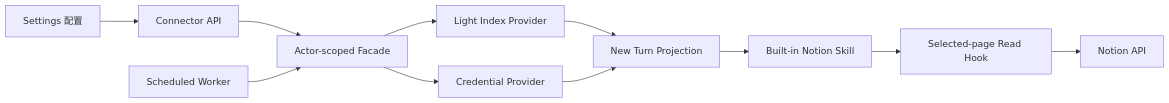
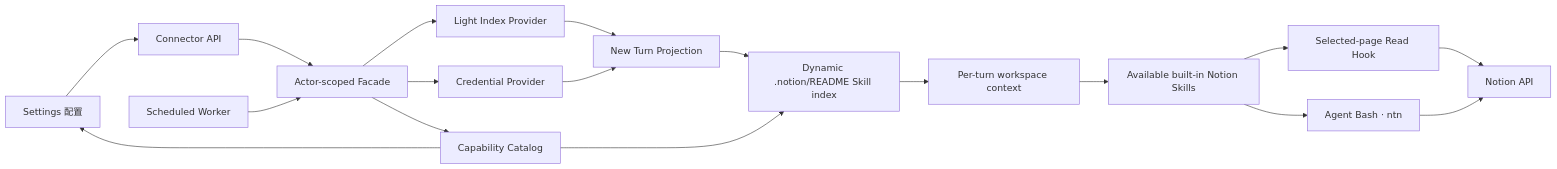
The diagram in docs/design/notion-session/connector-interaction.md (glide-the/im-dream), drawn with Mermaid before and after one commit. The commit also changed other lines of this file and 44 other files, not shown here.

Commit message:
feat(notion): enable actor-bound CLI runtime

````diff
--- a/docs/design/notion-session/connector-interaction.md
+++ b/docs/design/notion-session/connector-interaction.md
@@ -12,13 +13,20 @@
 ```mermaid
 flowchart LR
     Settings["Settings 配置"] --> Router["Connector API"]
     Router --> Facade["Actor-scoped Facade"]
     Facade --> Credential["Credential Provider"]
     Facade --> Index["Light Index Provider"]
+    Facade --> Catalog["Capability Catalog"]
     Scheduler["Scheduled Worker"] --> Facade
     Index --> Turn["New Turn Projection"]
     Credential --> Turn
-    Turn --> Skill["Built-in Notion Skill"]
+    Catalog --> Settings
+    Turn --> Readme["Dynamic .notion/README Skill index"]
+    Catalog --> Readme
+    Readme --> Context["Per-turn workspace context"]
+    Context --> Skill["Available built-in Notion Skills"]
     Skill --> Hook["Selected-page Read Hook"]
+    Skill --> CLI["Agent Bash · ntn"]
     Hook --> Notion["Notion API"]
+    CLI --> Notion
 ```
````
